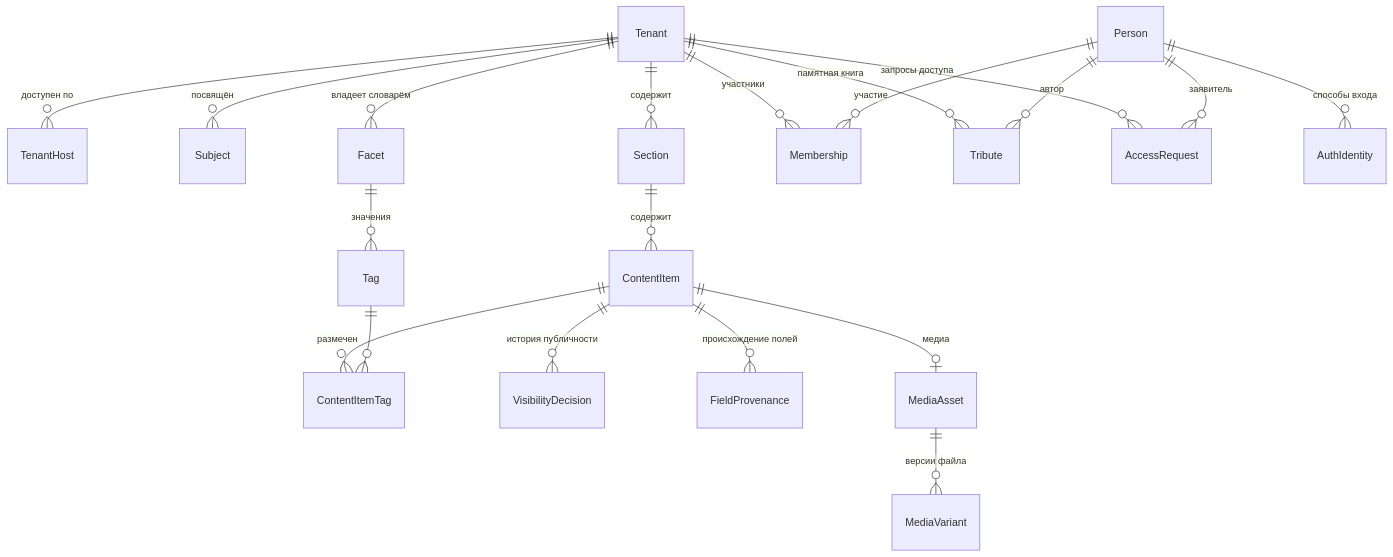
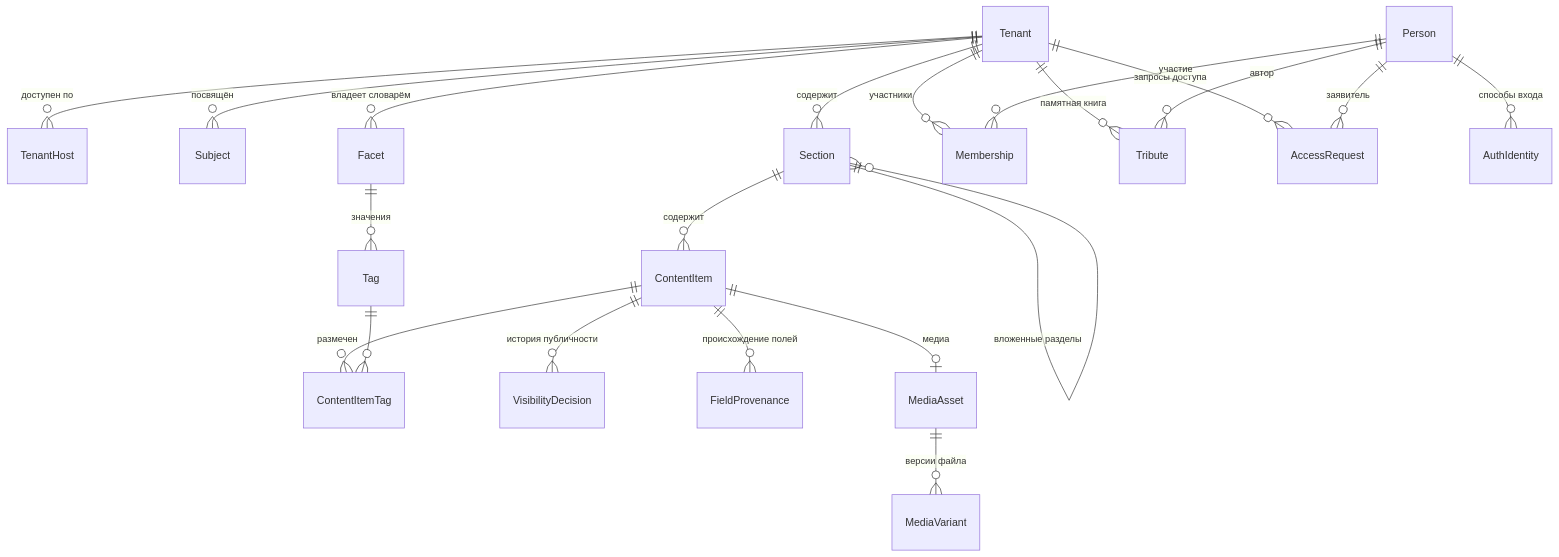
The diagram in 2 Domain model.md (KiraKhvan/memory_docs), drawn with Mermaid before and after one commit. The commit also changed other lines of this file, not shown here.

````diff
--- a/2 Domain model.md
+++ b/2 Domain model.md
@@ -13,26 +13,27 @@
 ```mermaid
 erDiagram
     Tenant ||--o{ TenantHost : "доступен по"
     Tenant ||--o{ Subject : "посвящён"
     Tenant ||--o{ Section : "содержит"
     Tenant ||--o{ Facet : "владеет словарём"
     Tenant ||--o{ Membership : "участники"
     Tenant ||--o{ Tribute : "памятная книга"
     Tenant ||--o{ AccessRequest : "запросы доступа"
 
+    Section ||--o{ Section : "вложенные разделы"
     Section ||--o{ ContentItem : "содержит"
     ContentItem ||--o{ ContentItemTag : "размечен"
     ContentItem ||--o{ VisibilityDecision : "история публичности"
     ContentItem ||--o{ FieldProvenance : "происхождение полей"
     ContentItem ||--o| MediaAsset : "медиа"
 
     MediaAsset ||--o{ MediaVariant : "версии файла"
 
     Facet ||--o{ Tag : "значения"
     Tag ||--o{ ContentItemTag : ""
 
     Person ||--o{ AuthIdentity : "способы входа"
     Person ||--o{ Membership : "участие"
     Person ||--o{ Tribute : "автор"
     Person ||--o{ AccessRequest : "заявитель"
 ```
````
